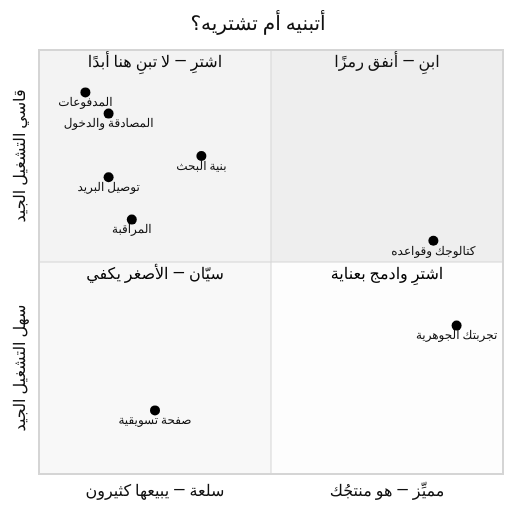
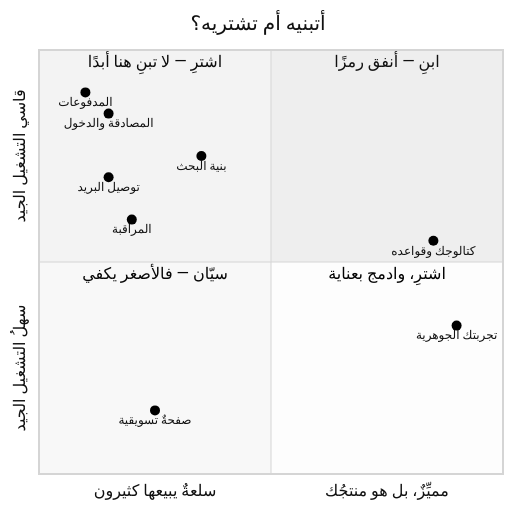
The third of 3 diagrams in modules/0-the-gap/the-gap.ar.md (Tamoura/system-design-for-vibe-coders), drawn with Mermaid (neutral theme) before and after one commit. The commit also changed other lines of this file and 1 other file, not shown here.

Commit message:
Rewrite Part 0 & Module 0 Arabic in natural flowing register

````diff
--- a/modules/0-the-gap/the-gap.ar.md
+++ b/modules/0-the-gap/the-gap.ar.md
@@ -185,18 +185,18 @@
 ```mermaid
 quadrantChart
     title أتبنيه أم تشتريه؟
-    x-axis "سلعة — يبيعها كثيرون" --> "مميِّز — هو منتجُك"
-    y-axis "سهل التشغيل الجيد" --> "قاسي التشغيل الجيد"
+    x-axis "سلعةٌ يبيعها كثيرون" --> "مميِّزٌ، بل هو منتجُك"
+    y-axis "سهلُ التشغيل الجيد" --> "قاسي التشغيل الجيد"
     quadrant-1 "ابنِ — أنفق رمزًا"
     quadrant-2 "اشترِ — لا تبنِ هنا أبدًا"
-    quadrant-3 "سيّان — الأصغر يكفي"
-    quadrant-4 "اشترِ وادمج بعناية"
+    quadrant-3 "سيّان — فالأصغر يكفي"
+    quadrant-4 "اشترِ، وادمج بعناية"
     "المصادقة والدخول": [0.15, 0.85]
     "المدفوعات": [0.1, 0.9]
     "توصيل البريد": [0.15, 0.7]
     "بنية البحث": [0.35, 0.75]
     "المراقبة": [0.2, 0.6]
     "كتالوجك وقواعده": [0.85, 0.55]
     "تجربتك الجوهرية": [0.9, 0.35]
-    "صفحة تسويقية": [0.25, 0.15]
+    "صفحةٌ تسويقية": [0.25, 0.15]
 ```
````
